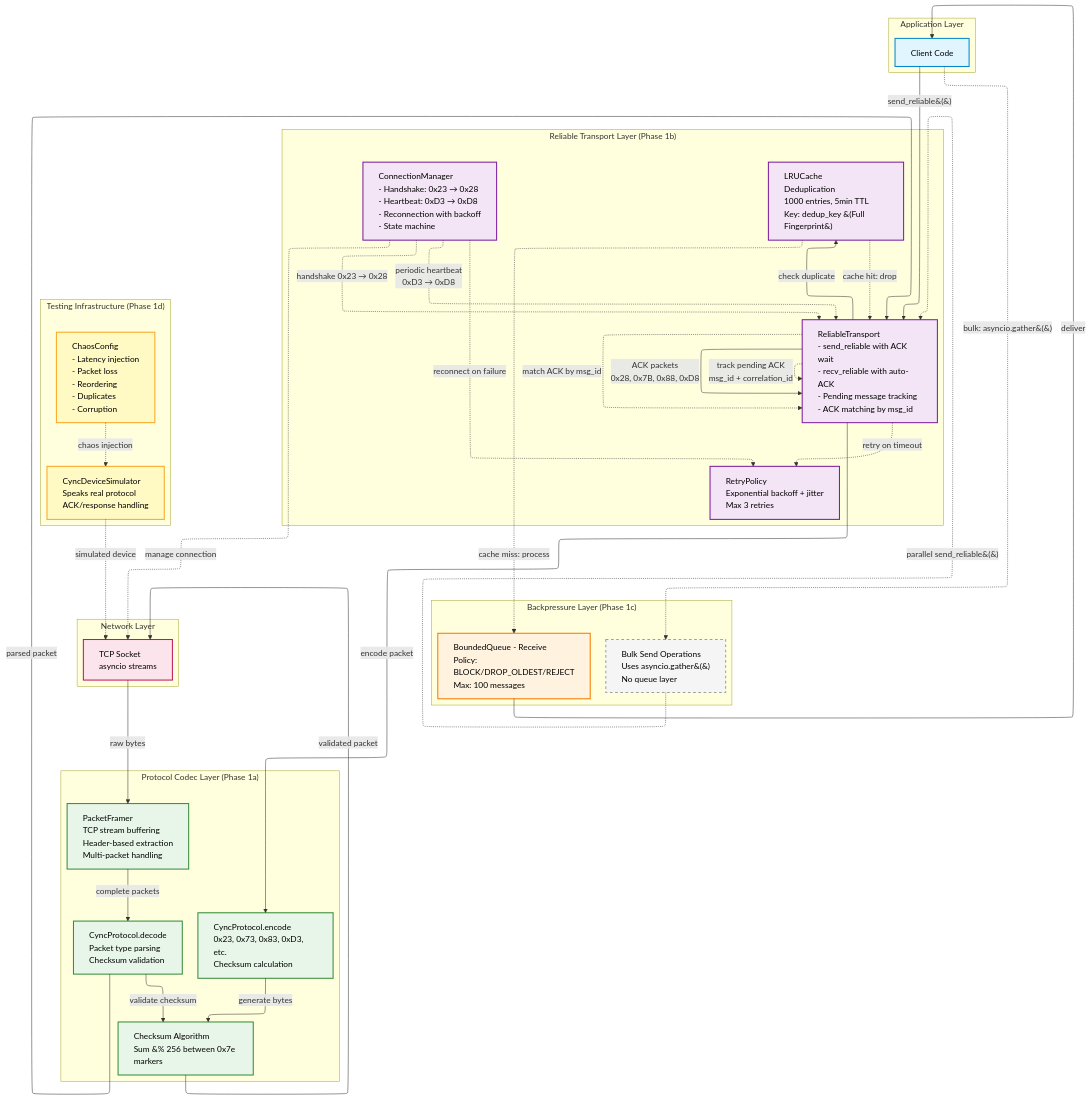
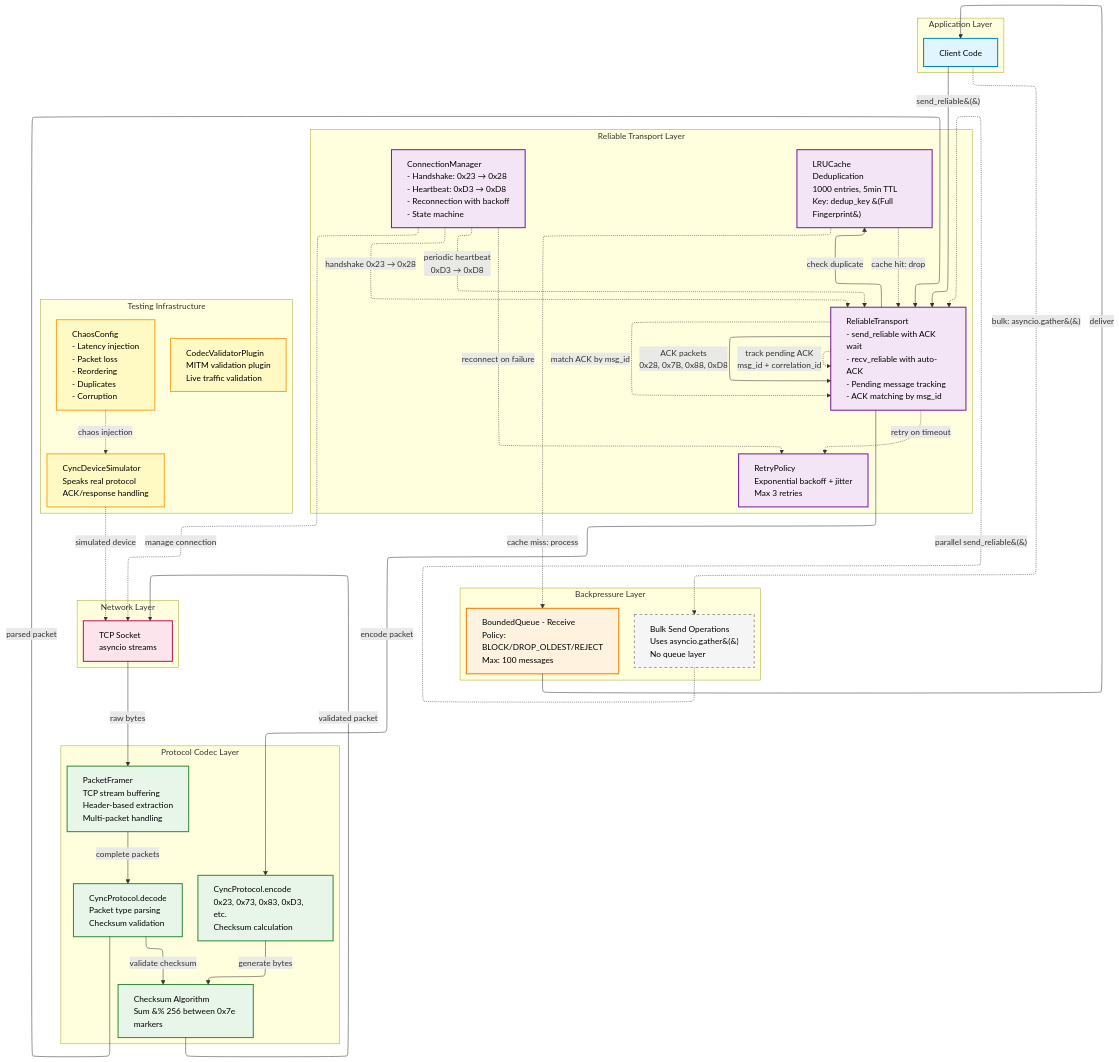
The diagram in python-rebuild-tcp-comm/docs/living/architecture.mermaid (jslamartina/hass-addons), drawn with Mermaid before and after one commit. The commit also changed 5 other files, not shown here.

First line of the commit message:
docs: update living docs for Phase 1a codec implementation

```diff
--- a/python-rebuild-tcp-comm/docs/living/architecture.mermaid
+++ b/python-rebuild-tcp-comm/docs/living/architecture.mermaid
@@ -1,88 +1,89 @@
 ---
 project_id: 9a2485fd-95c8-4328-8c5b-9887221e1055
 id: 8e7a2f78-9ec7-4400-b3dd-24ca4030593e
 config:
     layout: elk
 ---
 graph TD
     subgraph Application["Application Layer"]
         Client[Client Code]
     end
 
-    subgraph Backpressure["Backpressure Layer (Phase 1c)"]
+    subgraph Backpressure["Backpressure Layer"]
         RecvQueue[BoundedQueue - Receive<br/>Policy: BLOCK/DROP_OLDEST/REJECT<br/>Max: 100 messages]
         BulkSend[Bulk Send Operations<br/>Uses asyncio.gather&#40;&#41;<br/>No queue layer]:::conceptNode
     end
 
-    subgraph ReliableLayer["Reliable Transport Layer (Phase 1b)"]
+    subgraph ReliableLayer["Reliable Transport Layer"]
         ConnMgr[ConnectionManager<br/>- Handshake: 0x23 → 0x28<br/>- Heartbeat: 0xD3 → 0xD8<br/>- Reconnection with backoff<br/>- State machine]
         ReliableTransport[ReliableTransport<br/>- send_reliable with ACK wait<br/>- recv_reliable with auto-ACK<br/>- Pending message tracking<br/>- ACK matching by msg_id]
         LRUCache[LRUCache<br/>Deduplication<br/>1000 entries, 5min TTL<br/>Key: dedup_key &#40;Full Fingerprint&#41;]
         RetryPolicy[RetryPolicy<br/>Exponential backoff + jitter<br/>Max 3 retries]
     end
 
-    subgraph ProtocolLayer["Protocol Codec Layer (Phase 1a)"]
+    subgraph ProtocolLayer["Protocol Codec Layer"]
         Encoder[CyncProtocol.encode<br/>0x23, 0x73, 0x83, 0xD3, etc.<br/>Checksum calculation]
         Decoder[CyncProtocol.decode<br/>Packet type parsing<br/>Checksum validation]
         Framer[PacketFramer<br/>TCP stream buffering<br/>Header-based extraction<br/>Multi-packet handling]
         Checksum[Checksum Algorithm<br/>Sum &#37; 256 between 0x7e markers]
     end
 
     subgraph Network["Network Layer"]
         TCPSocket[TCP Socket<br/>asyncio streams]
     end
 
-    subgraph Testing["Testing Infrastructure (Phase 1d)"]
+    subgraph Testing["Testing Infrastructure"]
         Chaos[ChaosConfig<br/>- Latency injection<br/>- Packet loss<br/>- Reordering<br/>- Duplicates<br/>- Corruption]:::wideNode
         Simulator[CyncDeviceSimulator<br/>Speaks real protocol<br/>ACK/response handling]:::wideNode
+        CodecValidator[CodecValidatorPlugin<br/>MITM validation plugin<br/>Live traffic validation]:::wideNode
     end
 
     %% Send Path
     Client -->|send_reliable&#40;&#41;| ReliableTransport
     Client -.->|bulk: asyncio.gather&#40;&#41;| BulkSend
     BulkSend -.->|parallel send_reliable&#40;&#41;| ReliableTransport
     ReliableTransport -->|encode packet| Encoder
     ReliableTransport -.->|track pending ACK<br/>msg_id + correlation_id| ReliableTransport
     ReliableTransport -.->|retry on timeout| RetryPolicy
     Encoder -->|generate bytes| Checksum
     Checksum -->|validated packet| TCPSocket
     ConnMgr -.->|manage connection| TCPSocket
 
     %% Receive Path
     TCPSocket -->|raw bytes| Framer
     Framer -->|complete packets| Decoder
     Decoder -->|validate checksum| Checksum
     Decoder -->|parsed packet| ReliableTransport
     ReliableTransport -->|check duplicate| LRUCache
     LRUCache -.->|cache hit: drop| ReliableTransport
     LRUCache -.->|cache miss: process| RecvQueue
     ReliableTransport -->|ACK packets<br/>0x28, 0x7B, 0x88, 0xD8| ReliableTransport
     ReliableTransport -.->|match ACK by msg_id| ReliableTransport
     RecvQueue -->|deliver| Client
 
     %% Connection Management
     ConnMgr -.->|handshake 0x23 → 0x28| ReliableTransport
     ConnMgr -.->|periodic heartbeat<br/>0xD3 → 0xD8| ReliableTransport
     ConnMgr -.->|reconnect on failure| RetryPolicy
 
     %% Testing Path
     Simulator -.->|simulated device| TCPSocket
     Chaos -.->|chaos injection| Simulator
 
     %% Styling
     classDef appLayer fill:#e1f5ff,stroke:#0288d1,stroke-width:2px,color:#000,text-align:left
     classDef queueLayer fill:#fff3e0,stroke:#f57c00,stroke-width:2px,color:#000,text-align:left
     classDef reliableLayer fill:#f3e5f5,stroke:#7b1fa2,stroke-width:2px,color:#000,text-align:left
     classDef protocolLayer fill:#e8f5e9,stroke:#388e3c,stroke-width:2px,color:#000,text-align:left
     classDef networkLayer fill:#fce4ec,stroke:#c2185b,stroke-width:2px,color:#000,text-align:left
     classDef testingLayer fill:#fff9c4,stroke:#f9a825,stroke-width:2px,color:#000,text-align:left
     classDef wideNode fill:#fff9c4,stroke:#f9a825,stroke-width:2px,color:#000,min-width:300px,text-align:left
     classDef conceptNode fill:#f5f5f5,stroke:#9e9e9e,stroke-width:2px,stroke-dasharray: 5 5,color:#000,text-align:left
 
     class Client appLayer
     class RecvQueue queueLayer
     class BulkSend conceptNode
     class ConnMgr,ReliableTransport,LRUCache,RetryPolicy reliableLayer
     class Encoder,Decoder,Framer,Checksum protocolLayer
     class TCPSocket networkLayer
-    class Simulator,Chaos testingLayer
+    class Simulator,Chaos,CodecValidator testingLayer
```
